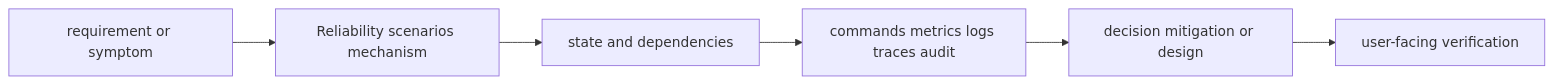
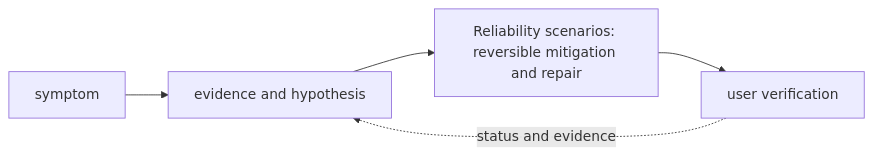
Before and after one commit to tomkidumbuyo/DevOps-interview-preparation: the diagram in 13-scenarios/05-reliability-scenarios/README.md, drawn with Mermaid. The commit also changed other lines of this file and 753 other files, not shown here.

````diff
--- a/13-scenarios/05-reliability-scenarios/README.md
+++ b/13-scenarios/05-reliability-scenarios/README.md
@@ -21,8 +31,7 @@
 ```mermaid
 flowchart LR
-  R[requirement or symptom] --> M[Reliability scenarios mechanism]
-  M --> S[state and dependencies]
-  S --> O[commands metrics logs traces audit]
-  O --> D[decision mitigation or design]
-  D --> V[user-facing verification]
+  A["symptom"] --> B["evidence and hypothesis"]
+  B --> C["Reliability scenarios: reversible mitigation and repair"]
+  C --> D["user verification"]
+  D -. "status and evidence" .-> B
 ```
````
